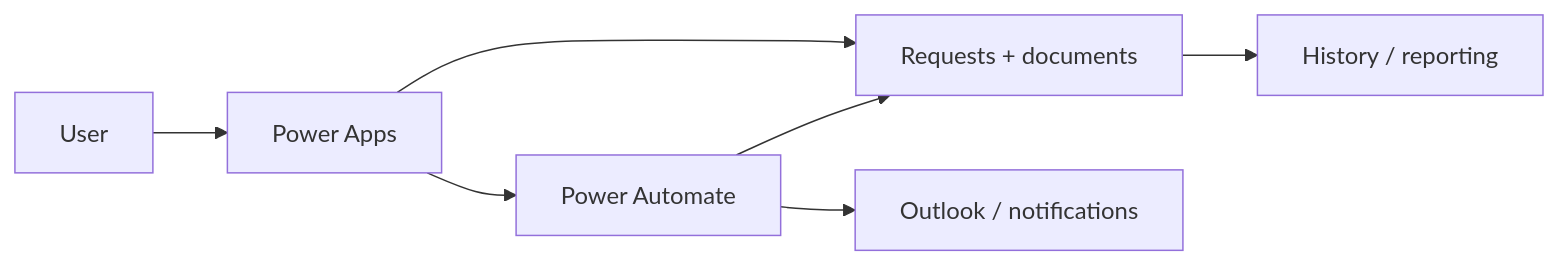
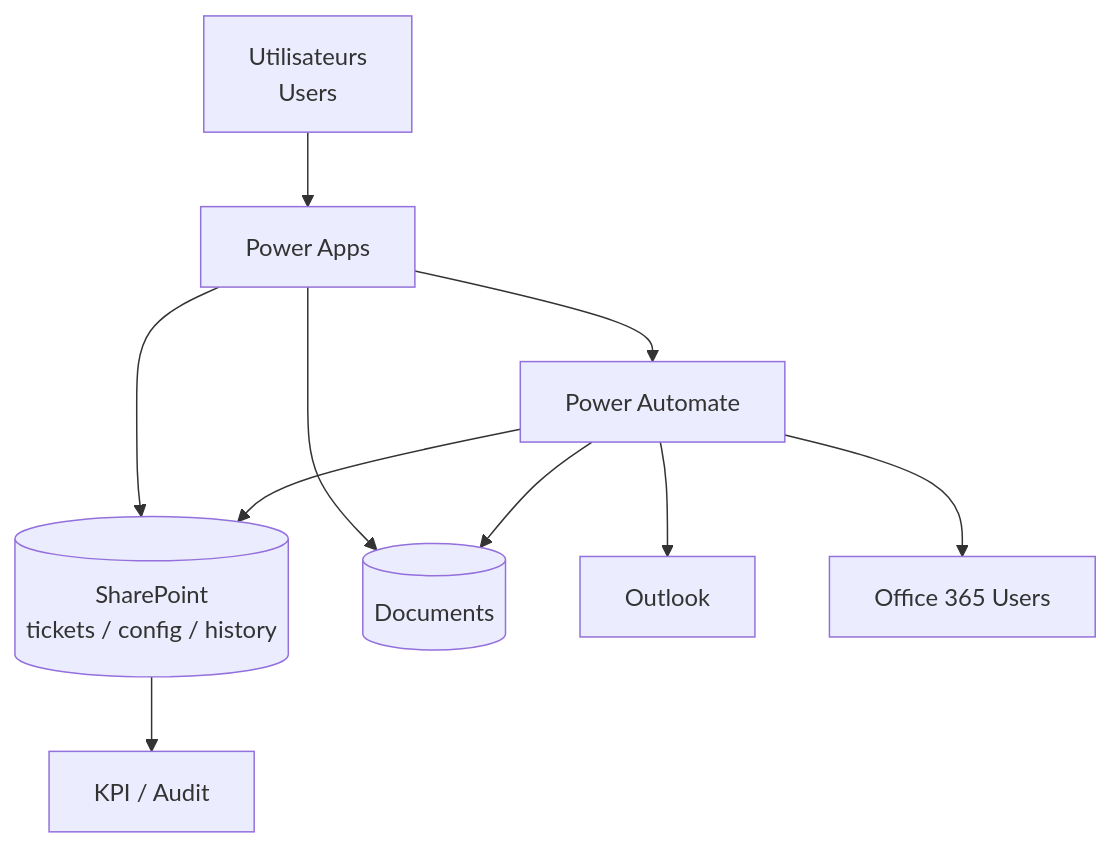
The first of 3 diagrams in projects/power-platform-ticketing-system/docs/ARCHITECTURE.md (jeffersonkuku/jefferson-Mawapanga-Saku), drawn with Mermaid before and after one commit. The commit also changed other lines of this file and 13 other files, not shown here.

````diff
--- a/projects/power-platform-ticketing-system/docs/ARCHITECTURE.md
+++ b/projects/power-platform-ticketing-system/docs/ARCHITECTURE.md
@@ -13,9 +7,12 @@
 ```mermaid
-flowchart LR
-    U[User] --> A[Power Apps]
-    A --> D[Requests + documents]
-    A --> W[Power Automate]
-    W --> D
-    W --> M[Outlook / notifications]
-    D --> H[History / reporting]
+flowchart TB
+    U[Utilisateurs<br/>Users] --> APP[Power Apps]
+    APP --> SP[(SharePoint<br/>tickets / config / history)]
+    APP --> DOC[(Documents)]
+    APP --> FLOW[Power Automate]
+    FLOW --> SP
+    FLOW --> DOC
+    FLOW --> OUT[Outlook]
+    FLOW --> USERS[Office 365 Users]
+    SP --> KPI[KPI / Audit]
 ```
````
